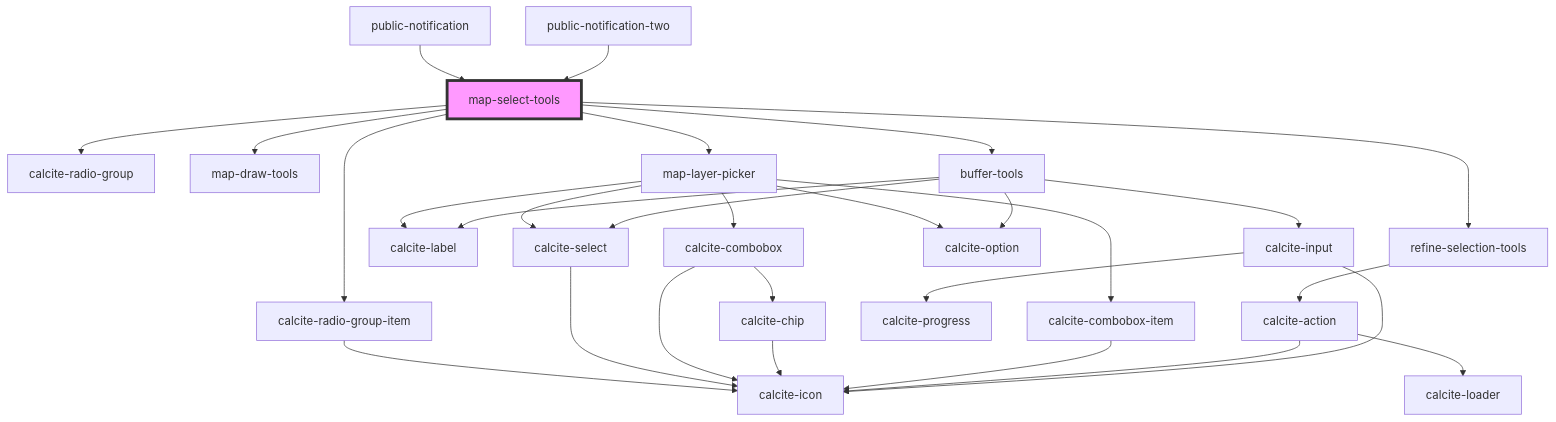
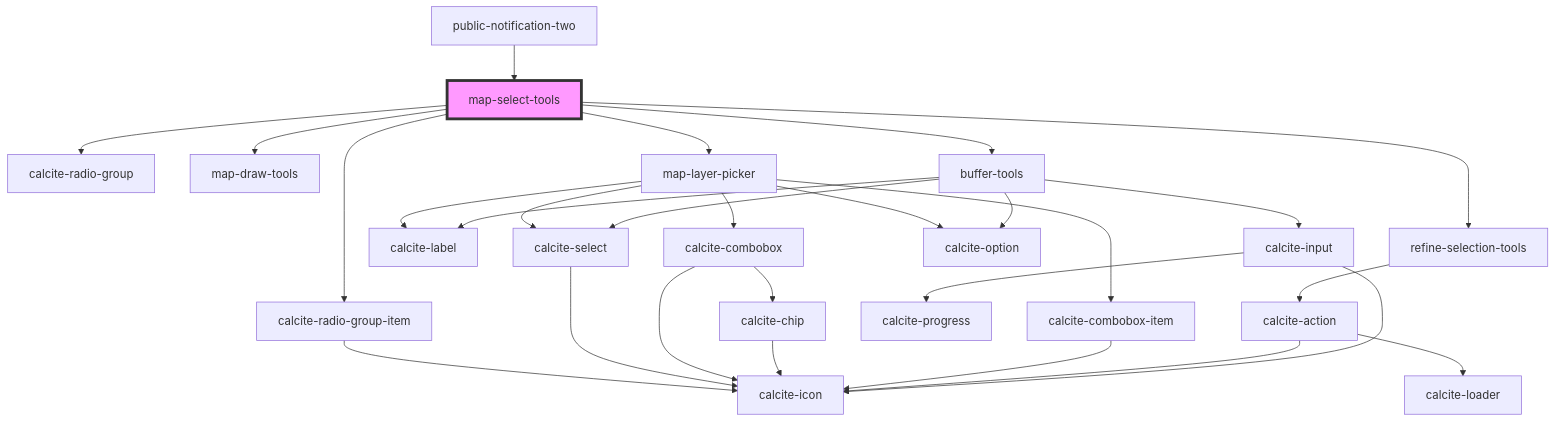
Before and after one commit to Esri/solutions-components: the diagram in src/components/map-select-tools/readme.md, drawn with Mermaid. The commit also changed other lines of this file and 13 other files, not shown here.

Commit message:
remove old pn and update sketch to store geom vs graphics

````diff
--- a/src/components/map-select-tools/readme.md
+++ b/src/components/map-select-tools/readme.md
@@ -100,32 +99,31 @@
 ```mermaid
 graph TD;
   map-select-tools --> calcite-radio-group
   map-select-tools --> calcite-radio-group-item
   map-select-tools --> map-draw-tools
   map-select-tools --> map-layer-picker
   map-select-tools --> refine-selection-tools
   map-select-tools --> buffer-tools
   calcite-radio-group-item --> calcite-icon
   map-layer-picker --> calcite-label
   map-layer-picker --> calcite-select
   map-layer-picker --> calcite-combobox
   map-layer-picker --> calcite-combobox-item
   map-layer-picker --> calcite-option
   calcite-select --> calcite-icon
   calcite-combobox --> calcite-chip
   calcite-combobox --> calcite-icon
   calcite-chip --> calcite-icon
   calcite-combobox-item --> calcite-icon
   refine-selection-tools --> calcite-action
   calcite-action --> calcite-loader
   calcite-action --> calcite-icon
   buffer-tools --> calcite-label
   buffer-tools --> calcite-input
   buffer-tools --> calcite-select
   buffer-tools --> calcite-option
   calcite-input --> calcite-progress
   calcite-input --> calcite-icon
-  public-notification --> map-select-tools
   public-notification-two --> map-select-tools
   style map-select-tools fill:#f9f,stroke:#333,stroke-width:4px
 ```
````
